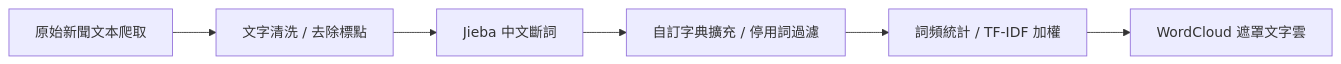
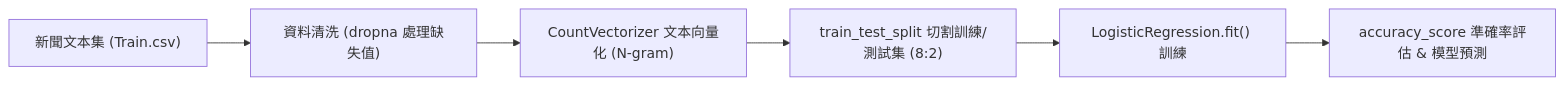
Before and after one commit to lliangles/TheNote: the diagram in courses/ai-programming/Ch11-文本分析Jieba斷詞與文字雲.md, drawn with Mermaid. The commit also changed other lines of this file and 13 other files, not shown here.

````diff
--- a/courses/ai-programming/Ch11-文本分析Jieba斷詞與文字雲.md
+++ b/courses/ai-programming/Ch11-文本分析Jieba斷詞與文字雲.md
@@ -13,8 +103,8 @@
 ```mermaid
 flowchart LR
-    A["原始新聞文本爬取"] --> B["文字清洗 / 去除標點"]
-    B --> C["Jieba 中文斷詞"]
-    C --> D["自訂字典擴充 / 停用詞過濾"]
-    D --> E["詞頻統計 / TF-IDF 加權"]
-    E --> F["WordCloud 遮罩文字雲"]
+    A["新聞文本集 (Train.csv)"] --> B["資料清洗 (dropna 處理缺失值)"]
+    B --> C["CountVectorizer 文本向量化 (N-gram)"]
+    C --> D["train_test_split 切割訓練/測試集 (8:2)"]
+    D --> E["LogisticRegression.fit() 訓練"]
+    E --> F["accuracy_score 準確率評估 & 模型預測"]
 ```
````
